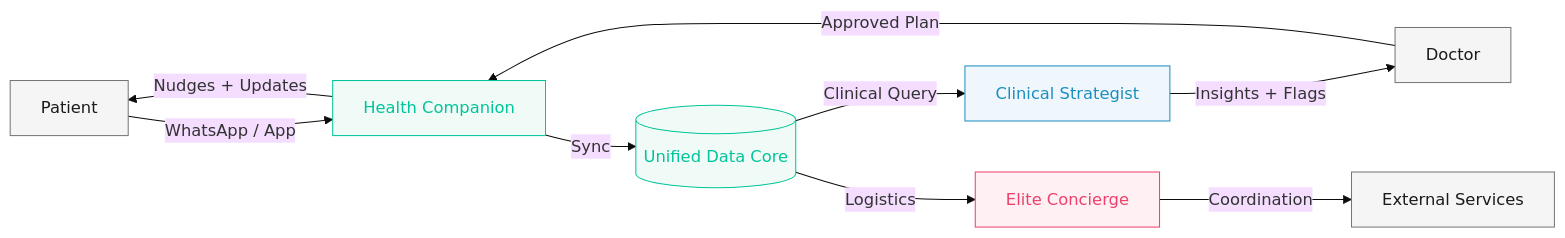
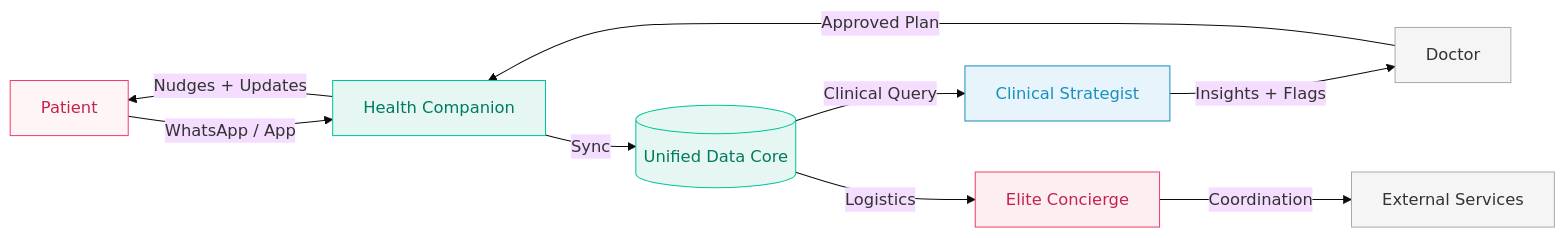
The diagram in longevity-clinic/slides.md (AssafMashiah/slides), drawn with Mermaid (base theme) before and after one commit. The commit also changed other lines of this file, not shown here.

````diff
--- a/longevity-clinic/slides.md
+++ b/longevity-clinic/slides.md
@@ -156,19 +201,19 @@
 ```mermaid
 graph LR
     P[Patient] -->|WhatsApp / App| HC[Health Companion]
     HC -->|Sync| UDC[(Unified Data Core)]
     UDC -->|Clinical Query| CS[Clinical Strategist]
     UDC -->|Logistics| EC[Elite Concierge]
     CS -->|Insights + Flags| DR[Doctor]
     EC -->|Coordination| SVC[External Services]
     DR -->|Approved Plan| HC
     HC -->|Nudges + Updates| P
 
-    style UDC fill:#f0faf7,stroke:#00C49A,color:#00C49A
-    style CS fill:#f0f7fc,stroke:#1A8FBF,color:#1A8FBF
-    style EC fill:#fef0f3,stroke:#ef406b,color:#ef406b
-    style HC fill:#f0faf7,stroke:#00C49A,color:#00C49A
-    style DR fill:#f5f5f5,stroke:#757575,color:#1a1a1a
-    style P fill:#f5f5f5,stroke:#757575,color:#1a1a1a
-    style SVC fill:#f5f5f5,stroke:#757575,color:#1a1a1a
+    style UDC fill:#e6f7f3,stroke:#00C49A,color:#007a5e
+    style CS fill:#e8f4fb,stroke:#1A8FBF,color:#1A8FBF
+    style EC fill:#fdeef2,stroke:#ef406b,color:#c4234d
+    style HC fill:#e6f7f3,stroke:#00C49A,color:#007a5e
+    style DR fill:#f5f5f5,stroke:#aaa,color:#333
+    style P fill:#fff5f7,stroke:#ef406b,color:#c4234d
+    style SVC fill:#f5f5f5,stroke:#aaa,color:#333
 ```
````
